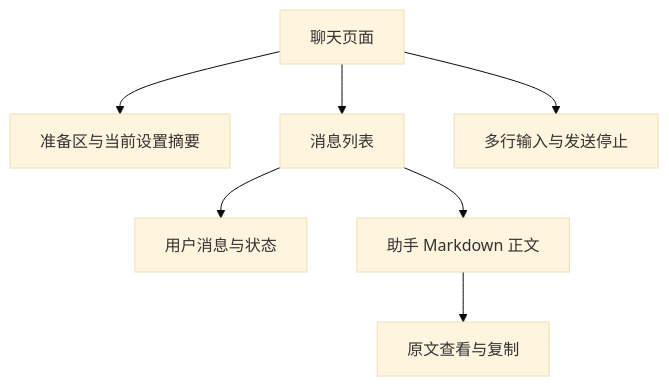
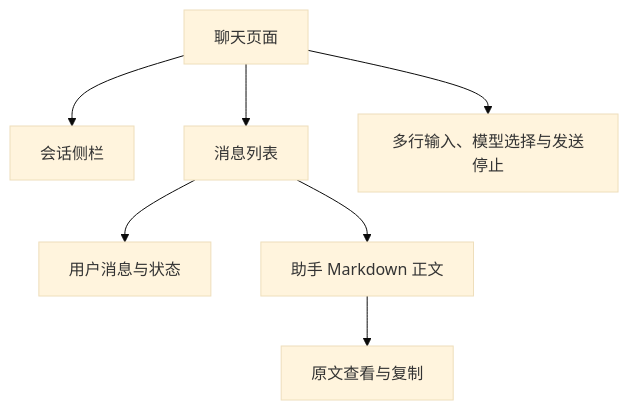
Before and after one commit to slc90/Agentelier: the diagram in docs/design/chat-foundation/05-ui-markdown.md, drawn with Mermaid (base theme). The commit also changed other lines of this file and 79 other files, not shown here.

````diff
--- a/docs/design/chat-foundation/05-ui-markdown.md
+++ b/docs/design/chat-foundation/05-ui-markdown.md
@@ -11,9 +11,9 @@
 ```mermaid
 flowchart TD
-    Page[聊天页面] --> Settings[准备区与当前设置摘要]
+    Page[聊天页面] --> Navigator[会话侧栏]
     Page --> Messages[消息列表]
-    Page --> Composer[多行输入与发送停止]
+    Page --> Composer[多行输入、模型选择与发送停止]
     Messages --> Plain[用户消息与状态]
     Messages --> Markdown[助手 Markdown 正文]
     Markdown --> Source[原文查看与复制]
 ```
````
